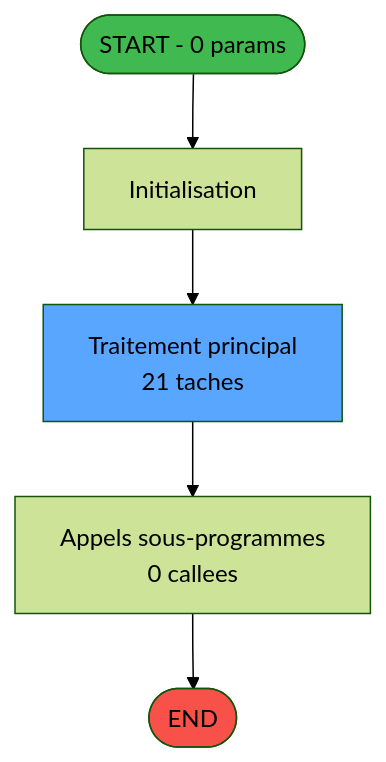
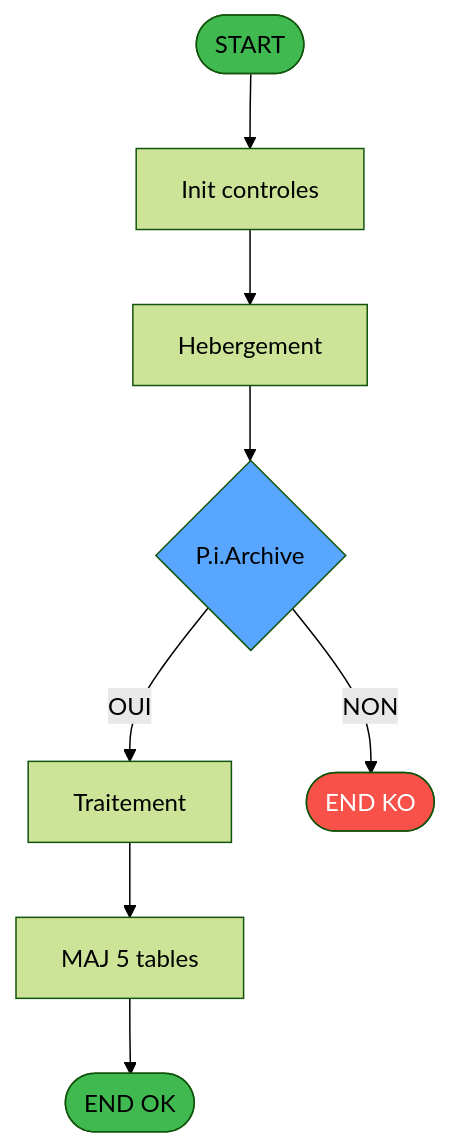
Before and after one commit to thonyAGP/magic-migration: the second of 4 diagrams in .openspec/specs/ADH-IDE-97.md, drawn with Mermaid (forest theme). The commit also changed other lines of this file and 253 other files, not shown here.

````diff
--- a/.openspec/specs/ADH-IDE-97.md
+++ b/.openspec/specs/ADH-IDE-97.md
@@ -97,14 +2227,21 @@
 ```mermaid
 flowchart TD
-    START([START - 0 params])
-    INIT["Initialisation"]
-    PROCESS["Traitement principal<br/>21 taches"]
-    CALLS["Appels sous-programmes<br/>0 callees"]
-    ENDOK([END])
+    START([START])
+    INIT[Init controles]
+    SAISIE[Hebergement]
+    DECISION{P.i.Archive}
+    PROCESS[Traitement]
+    UPDATE[MAJ 5 tables]
+    ENDOK([END OK])
+    ENDKO([END KO])
 
-    START --> INIT --> PROCESS --> CALLS --> ENDOK
+    START --> INIT --> SAISIE --> DECISION
+    DECISION -->|OUI| PROCESS
+    DECISION -->|NON| ENDKO
+    PROCESS --> UPDATE --> ENDOK
 
-    style START fill:#3fb950
-    style ENDOK fill:#f85149
-    style PROCESS fill:#58a6ff
+    style START fill:#3fb950,color:#000
+    style ENDOK fill:#3fb950,color:#000
+    style ENDKO fill:#f85149,color:#fff
+    style DECISION fill:#58a6ff,color:#000
 ```
````
